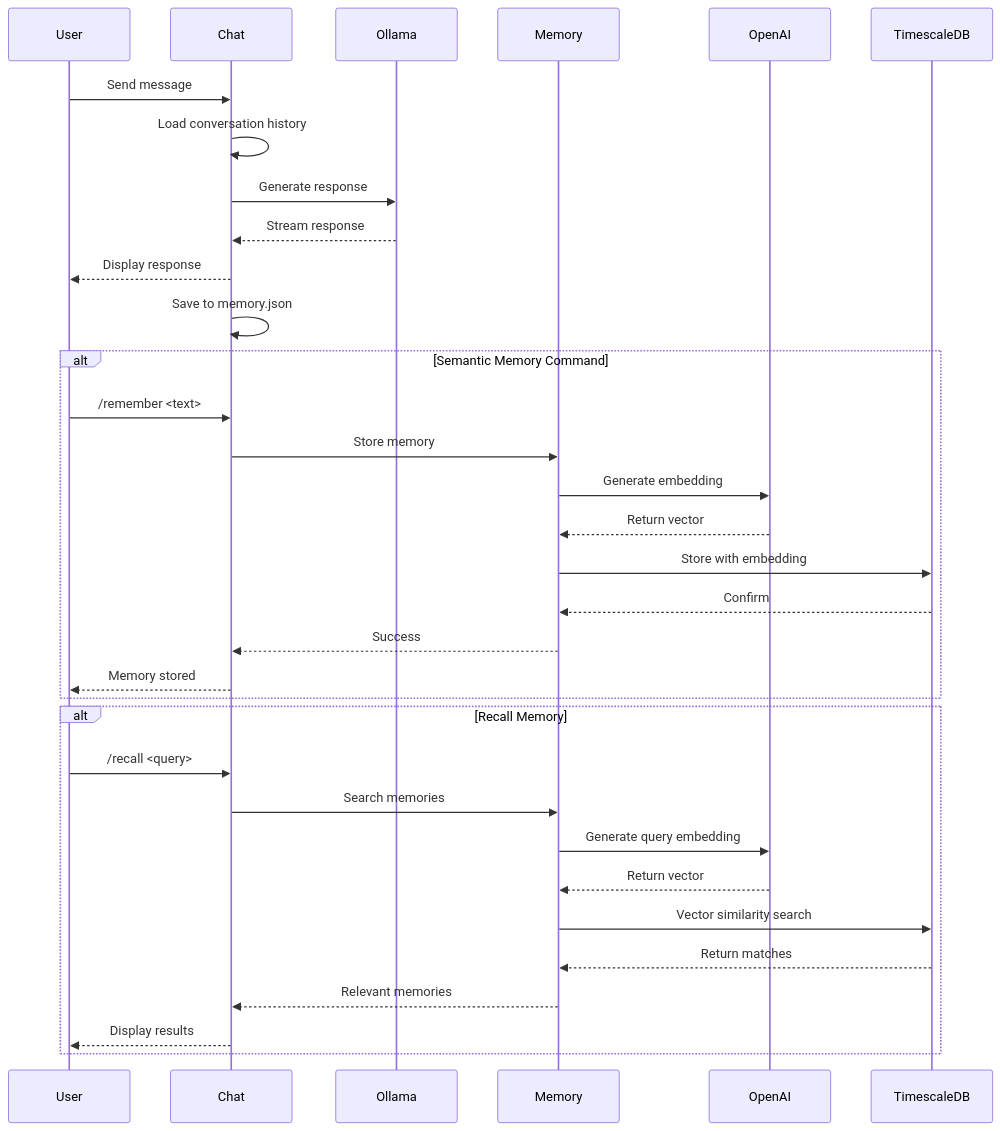
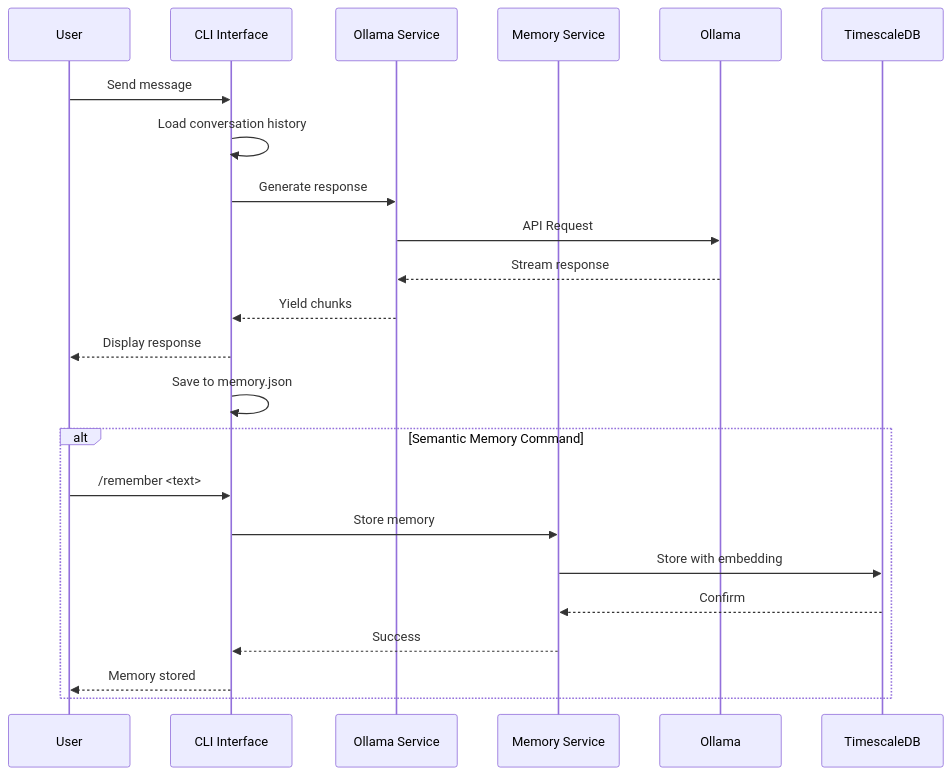
One commit to anchildress1/my-hermantic-agent changed the second of 4 diagrams in docs/system-architecture.md. Above: the diagram before and after it, drawn with Mermaid. The commit also changed other lines of this file and 44 other files, not shown here.

First line of the commit message:
refactor: restructure project to service-oriented architecture

````diff
--- a/docs/system-architecture.md
+++ b/docs/system-architecture.md
@@ -55,44 +55,33 @@
 ```mermaid
 ---
 config:
   accessibility:
     - label: Data Flow
     - description: Sequence diagram showing message flow
 ---
 sequenceDiagram
     participant User
-    participant Chat
+    participant Chat as CLI Interface
+    participant OllamaSvc as Ollama Service
+    participant MemorySvc as Memory Service
     participant Ollama
-    participant Memory
-    participant OpenAI
     participant TimescaleDB
 
     User->>Chat: Send message
     Chat->>Chat: Load conversation history
-    Chat->>Ollama: Generate response
-    Ollama-->>Chat: Stream response
+    Chat->>OllamaSvc: Generate response
+    OllamaSvc->>Ollama: API Request
+    Ollama-->>OllamaSvc: Stream response
+    OllamaSvc-->>Chat: Yield chunks
     Chat-->>User: Display response
     Chat->>Chat: Save to memory.json
 
     alt Semantic Memory Command
         User->>Chat: /remember <text>
-        Chat->>Memory: Store memory
-        Memory->>OpenAI: Generate embedding
-        OpenAI-->>Memory: Return vector
-        Memory->>TimescaleDB: Store with embedding
-        TimescaleDB-->>Memory: Confirm
-        Memory-->>Chat: Success
+        Chat->>MemorySvc: Store memory
+        MemorySvc->>TimescaleDB: Store with embedding
+        TimescaleDB-->>MemorySvc: Confirm
+        MemorySvc-->>Chat: Success
         Chat-->>User: Memory stored
     end
-
-    alt Recall Memory
-        User->>Chat: /recall <query>
-        Chat->>Memory: Search memories
-        Memory->>OpenAI: Generate query embedding
-        OpenAI-->>Memory: Return vector
-        Memory->>TimescaleDB: Vector similarity search
-        TimescaleDB-->>Memory: Return matches
-        Memory-->>Chat: Relevant memories
-        Chat-->>User: Display results
-    end
 ```
````
